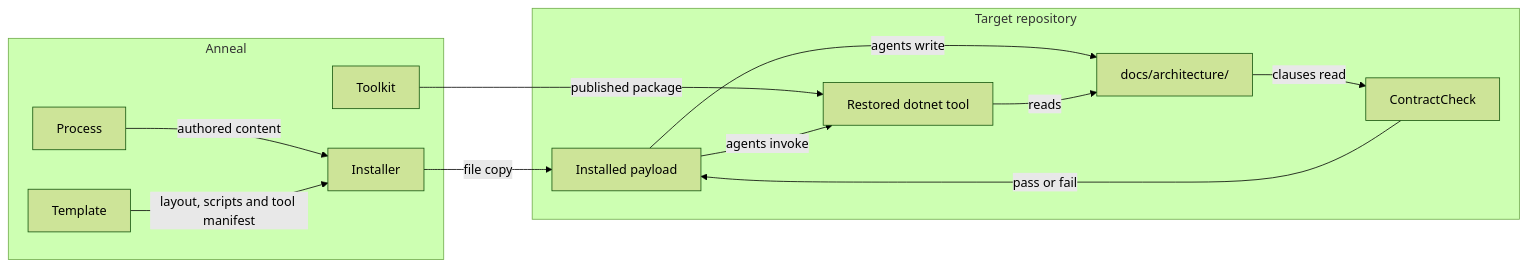
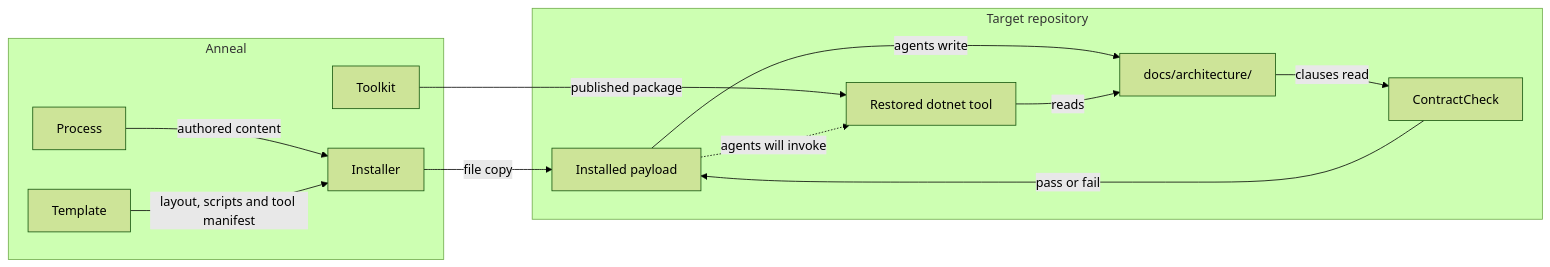
One commit to demaconsulting/Anneal changed the diagram in docs/architecture/overview.md. Above: the diagram before and after it, drawn with Mermaid (forest theme). The commit also changed other lines of this file and 8 other files, not shown here.

````diff
--- a/docs/architecture/overview.md
+++ b/docs/architecture/overview.md
@@ -46,25 +46,25 @@
 ```mermaid
 flowchart LR
     subgraph Anneal
         Process[Process]
         Template[Template]
         Installer[Installer]
         Toolkit[Toolkit]
     end
     subgraph Target["Target repository"]
         Payload[Installed payload]
         Tree["docs/architecture/"]
         Check[ContractCheck]
         Tool["Restored dotnet tool"]
     end
 
     Process -- "authored content" --> Installer
     Template -- "layout, scripts and tool manifest" --> Installer
     Installer -- "file copy" --> Payload
     Toolkit -- "published package" --> Tool
     Payload -- "agents write" --> Tree
-    Payload -- "agents invoke" --> Tool
+    Payload -. "agents will invoke" .-> Tool
     Tool -- "reads" --> Tree
     Tree -- "clauses read" --> Check
     Check -- "pass or fail" --> Payload
 ```
````
